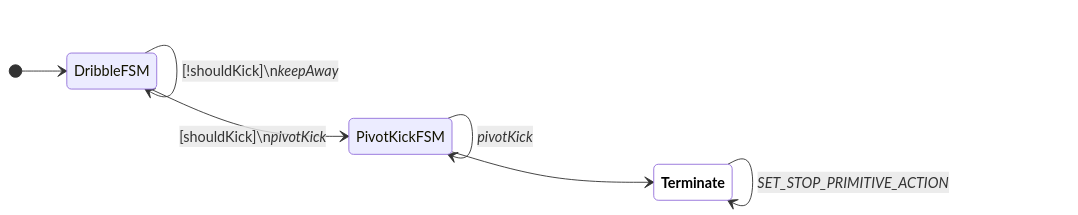
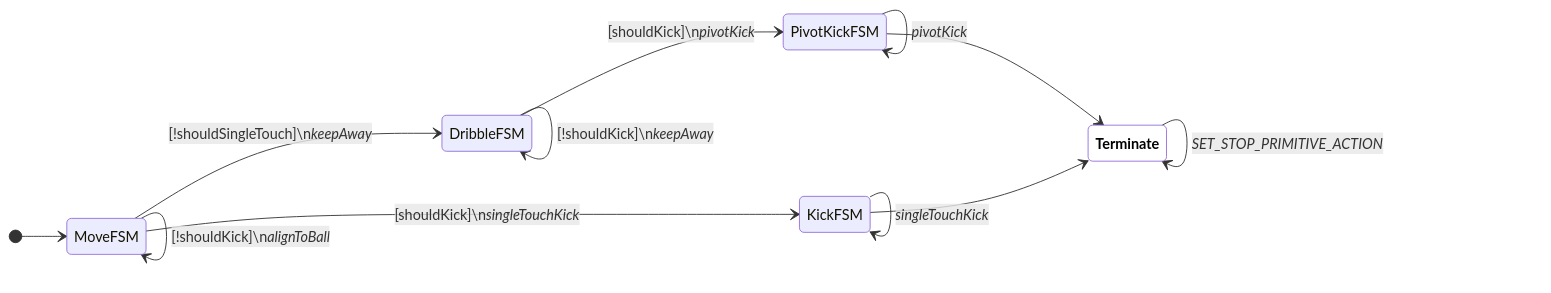
Before and after one commit to UBC-Thunderbots/Software: the fifth of 18 diagrams in docs/fsm-diagrams.md, drawn with Mermaid. The commit also changed other lines of this file, not shown here.

Commit message:
Update fsm diagrams

````diff
--- a/docs/fsm-diagrams.md
+++ b/docs/fsm-diagrams.md
@@ -77,13 +79,18 @@
 ```mermaid
 
 stateDiagram-v2
 classDef terminate fill:white,color:black,font-weight:bold
 direction LR
-[*] --> DribbleFSM
+[*] --> MoveFSM
+MoveFSM --> DribbleFSM : [!shouldSingleTouch]\n<i>keepAway</i>
+MoveFSM --> KickFSM : [shouldKick]\n<i>singleTouchKick</i>
+MoveFSM --> MoveFSM : [!shouldKick]\n<i>alignToBall</i>
+KickFSM --> KickFSM : <i>singleTouchKick</i>
+KickFSM --> Terminate:::terminate
 DribbleFSM --> PivotKickFSM : [shouldKick]\n<i>pivotKick</i>
 DribbleFSM --> DribbleFSM : [!shouldKick]\n<i>keepAway</i>
 PivotKickFSM --> PivotKickFSM : <i>pivotKick</i>
 PivotKickFSM --> Terminate:::terminate
 Terminate:::terminate --> Terminate:::terminate : <i>SET_STOP_PRIMITIVE_ACTION</i>
 
 ```
````
